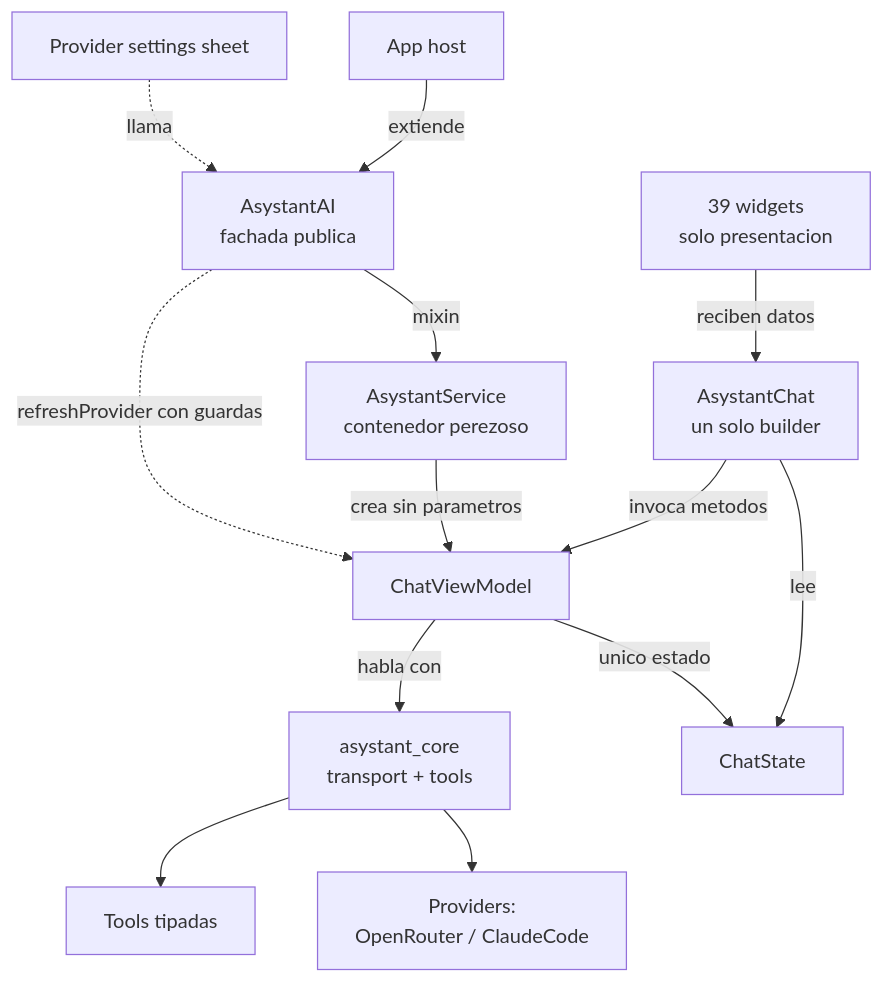
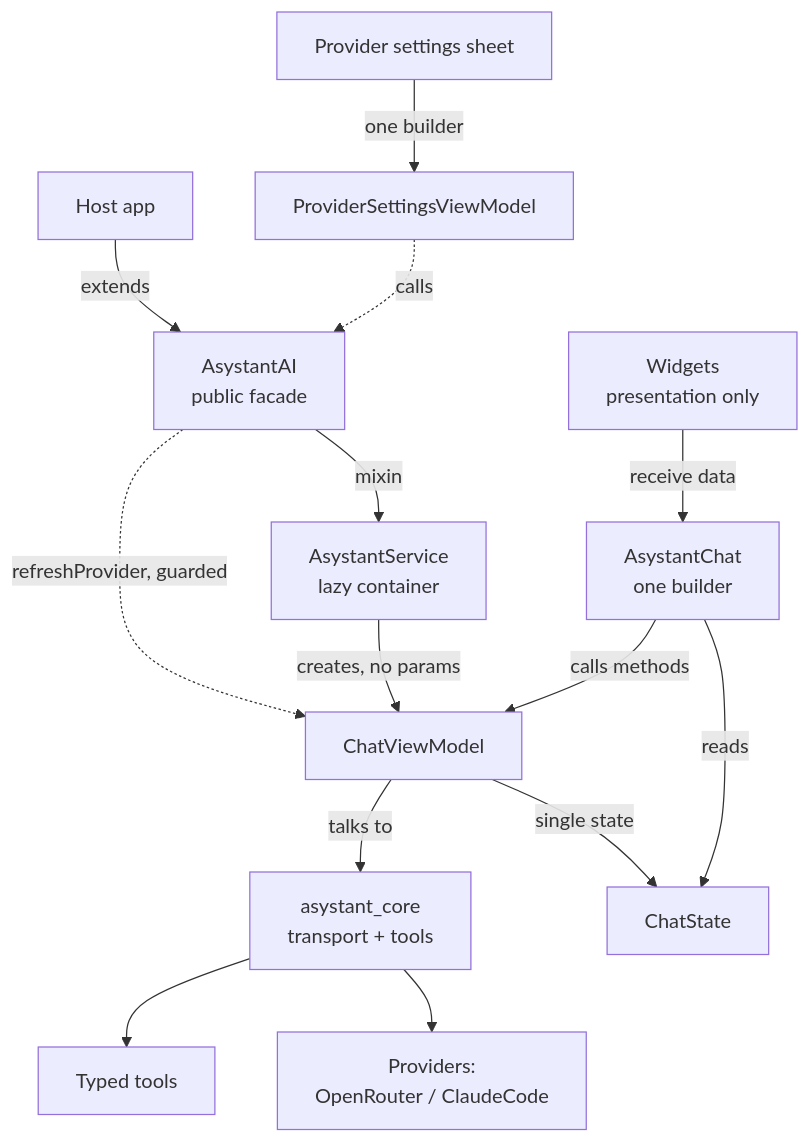
The first of 2 diagrams in packages/asystant_ai/doc/architecture.md (JhonaCodes/asystant-ai), drawn with Mermaid before and after one commit. The commit also changed other lines of this file and 1 other file, not shown here.

First line of the commit message:
docs: English diagram labels; document the view model split

````diff
--- a/packages/asystant_ai/doc/architecture.md
+++ b/packages/asystant_ai/doc/architecture.md
@@ -7,15 +7,16 @@
 ```mermaid
 flowchart TD
-  Host[App host] -->|extiende| AI[AsystantAI<br/>fachada publica]
-  AI -->|mixin| SVC[AsystantService<br/>contenedor perezoso]
-  SVC -->|crea sin parametros| VM[ChatViewModel]
-  VM -->|unico estado| ST[ChatState]
-  VM -->|habla con| CORE[asystant_core<br/>transport + tools]
-  UI[AsystantChat<br/>un solo builder] -->|lee| ST
-  UI -->|invoca metodos| VM
-  W[39 widgets<br/>solo presentacion] -->|reciben datos| UI
+  Host[Host app] -->|extends| AI[AsystantAI<br/>public facade]
+  AI -->|mixin| SVC[AsystantService<br/>lazy container]
+  SVC -->|creates, no params| VM[ChatViewModel]
+  VM -->|single state| ST[ChatState]
+  VM -->|talks to| CORE[asystant_core<br/>transport + tools]
+  UI[AsystantChat<br/>one builder] -->|reads| ST
+  UI -->|calls methods| VM
+  W[Widgets<br/>presentation only] -->|receive data| UI
   CORE --> PROV[Providers:<br/>OpenRouter / ClaudeCode]
-  CORE --> TOOL[Tools tipadas]
-  AI -.->|refreshProvider con guardas| VM
-  SHEET[Provider settings sheet] -.->|llama| AI
+  CORE --> TOOL[Typed tools]
+  AI -.->|refreshProvider, guarded| VM
+  SHEET[Provider settings sheet] -->|one builder| PVM[ProviderSettingsViewModel]
+  PVM -.->|calls| AI
 ```
````
